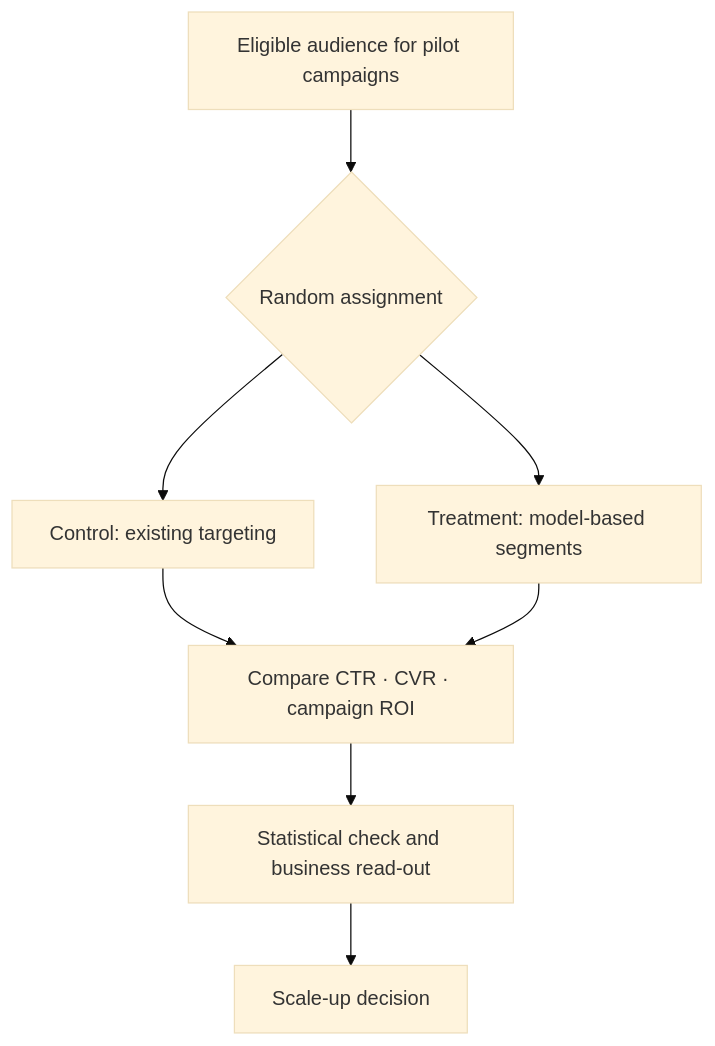
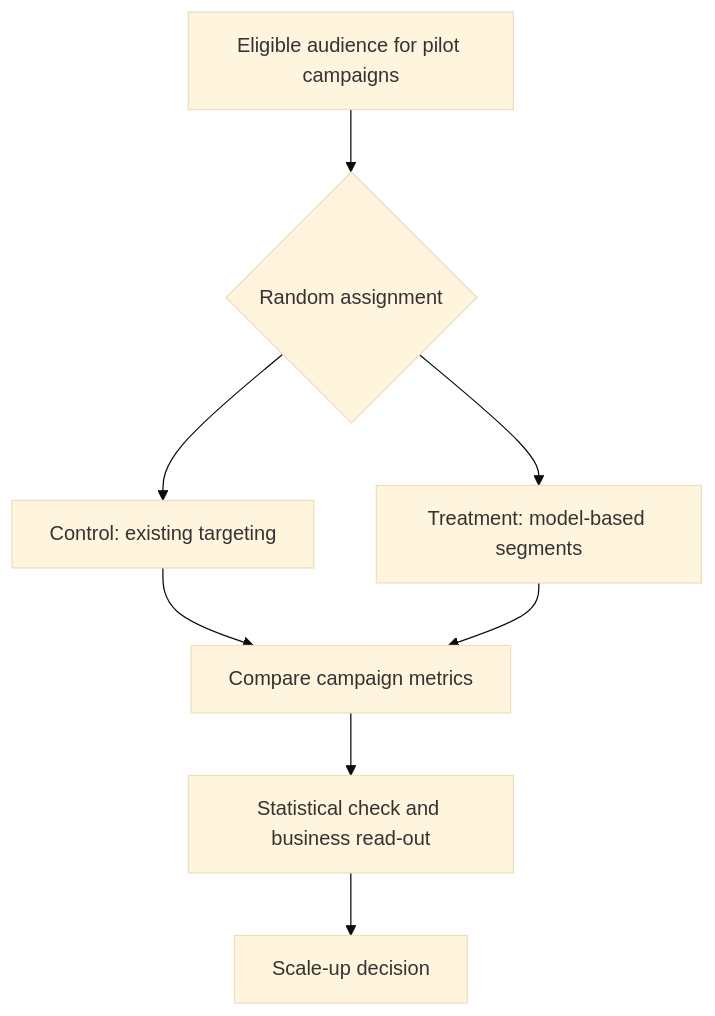
The diagram in projects/line-ad-targeting-experiment/index.qmd (rsm-b5hsu/quarto_website), drawn with Mermaid (base theme) before and after one commit. The commit also changed other lines of this file and 22 other files, not shown here.

````diff
--- a/projects/line-ad-targeting-experiment/index.qmd
+++ b/projects/line-ad-targeting-experiment/index.qmd
@@ -65,10 +75,10 @@
 ```{mermaid}
 flowchart TD
     A[Eligible audience for pilot campaigns] --> B{Random assignment}
     B --> C[Control: existing targeting]
     B --> D[Treatment: model-based segments]
-    C --> E[Compare CTR · CVR · campaign ROI]
+    C --> E[Compare campaign metrics]
     D --> E
     E --> F[Statistical check and business read-out]
     F --> G[Scale-up decision]
 ```
````
